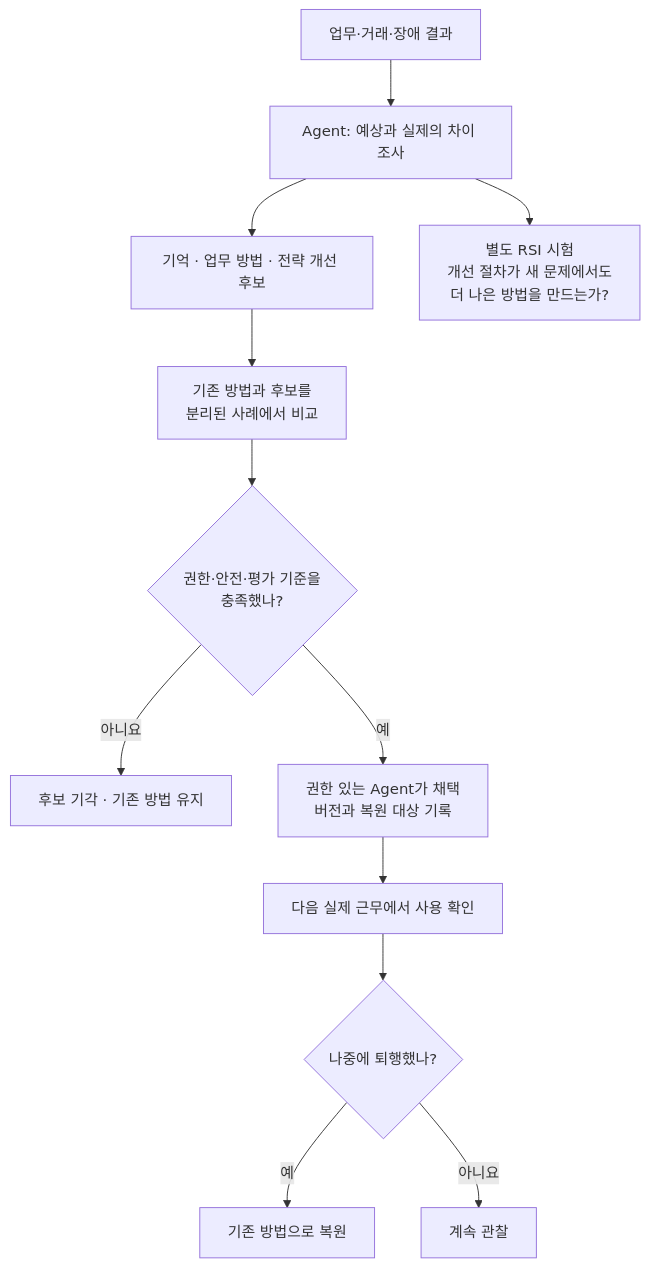
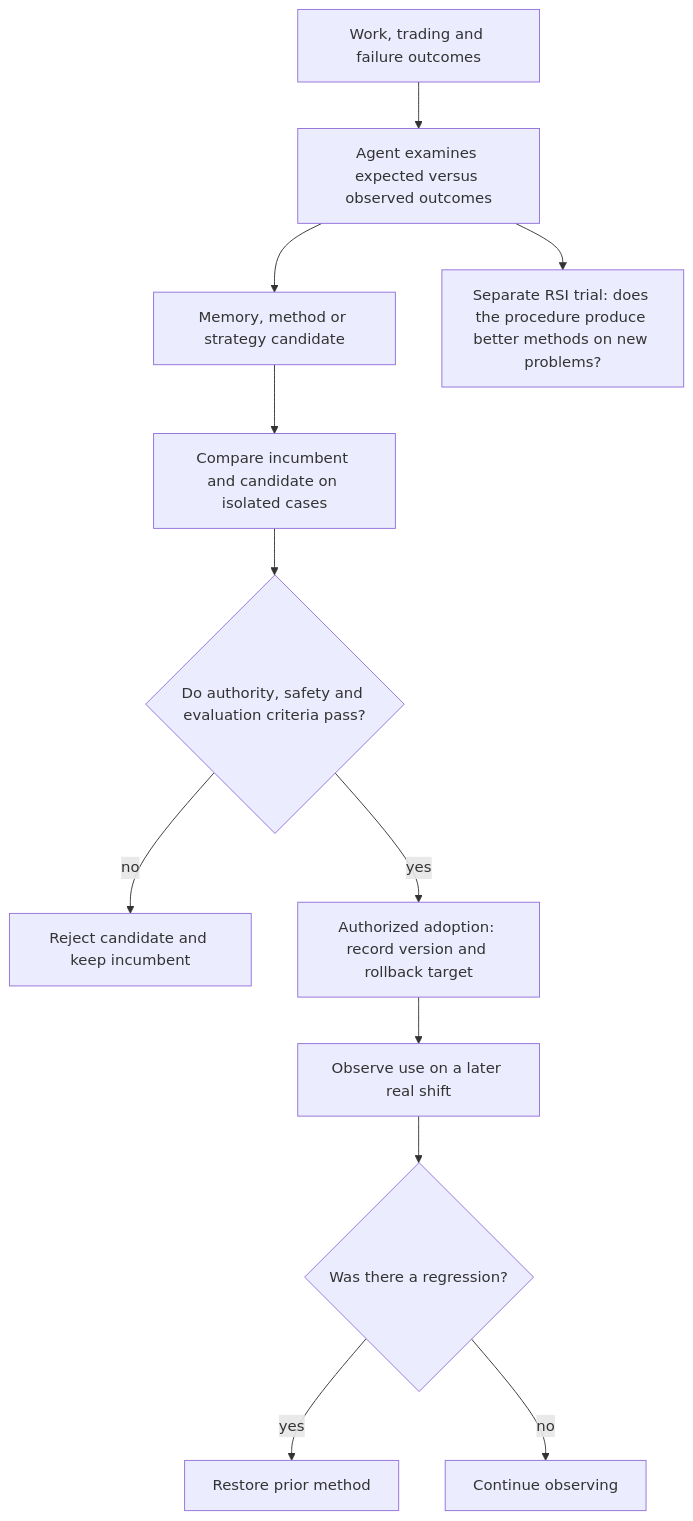
Diagram 14 of 16 in docs/company-agent-quant.md (openboa-ai/sourdough), drawn with Mermaid before and after one commit. The commit also changed other lines of this file and 29 other files, not shown here.

````diff
--- a/docs/company-agent-quant.md
+++ b/docs/company-agent-quant.md
@@ -368,21 +363,21 @@
 ```mermaid
 flowchart TD
-    Work["업무·거래·장애 결과"]
-    Review["Agent: 예상과 실제의 차이 조사"]
-    Candidate["기억 · 업무 방법 · 전략 개선 후보"]
-    Eval["기존 방법과 후보를<br/>분리된 사례에서 비교"]
-    Pass{"권한·안전·평가 기준을<br/>충족했나?"}
-    Reject["후보 기각 · 기존 방법 유지"]
-    Adopt["권한 있는 Agent가 채택<br/>버전과 복원 대상 기록"]
-    Shift["다음 실제 근무에서 사용 확인"]
-    Regression{"나중에 퇴행했나?"}
-    Rollback["기존 방법으로 복원"]
-    Continue["계속 관찰"]
-    RSI["별도 RSI 시험<br/>개선 절차가 새 문제에서도<br/>더 나은 방법을 만드는가?"]
+    Work["Work, trading and failure outcomes"]
+    Review["Agent examines expected versus observed outcomes"]
+    Candidate["Memory, method or strategy candidate"]
+    Eval["Compare incumbent and candidate on isolated cases"]
+    Pass{"Do authority, safety and evaluation criteria pass?"}
+    Reject["Reject candidate and keep incumbent"]
+    Adopt["Authorized adoption: record version and rollback target"]
+    Shift["Observe use on a later real shift"]
+    Regression{"Was there a regression?"}
+    Rollback["Restore prior method"]
+    Continue["Continue observing"]
+    RSI["Separate RSI trial: does the procedure produce better methods on new problems?"]
     Work --> Review --> Candidate --> Eval --> Pass
-    Pass -->|아니요| Reject
-    Pass -->|예| Adopt --> Shift --> Regression
-    Regression -->|예| Rollback
-    Regression -->|아니요| Continue
+    Pass -->|no| Reject
+    Pass -->|yes| Adopt --> Shift --> Regression
+    Regression -->|yes| Rollback
+    Regression -->|no| Continue
     Review --> RSI
 ```
````
